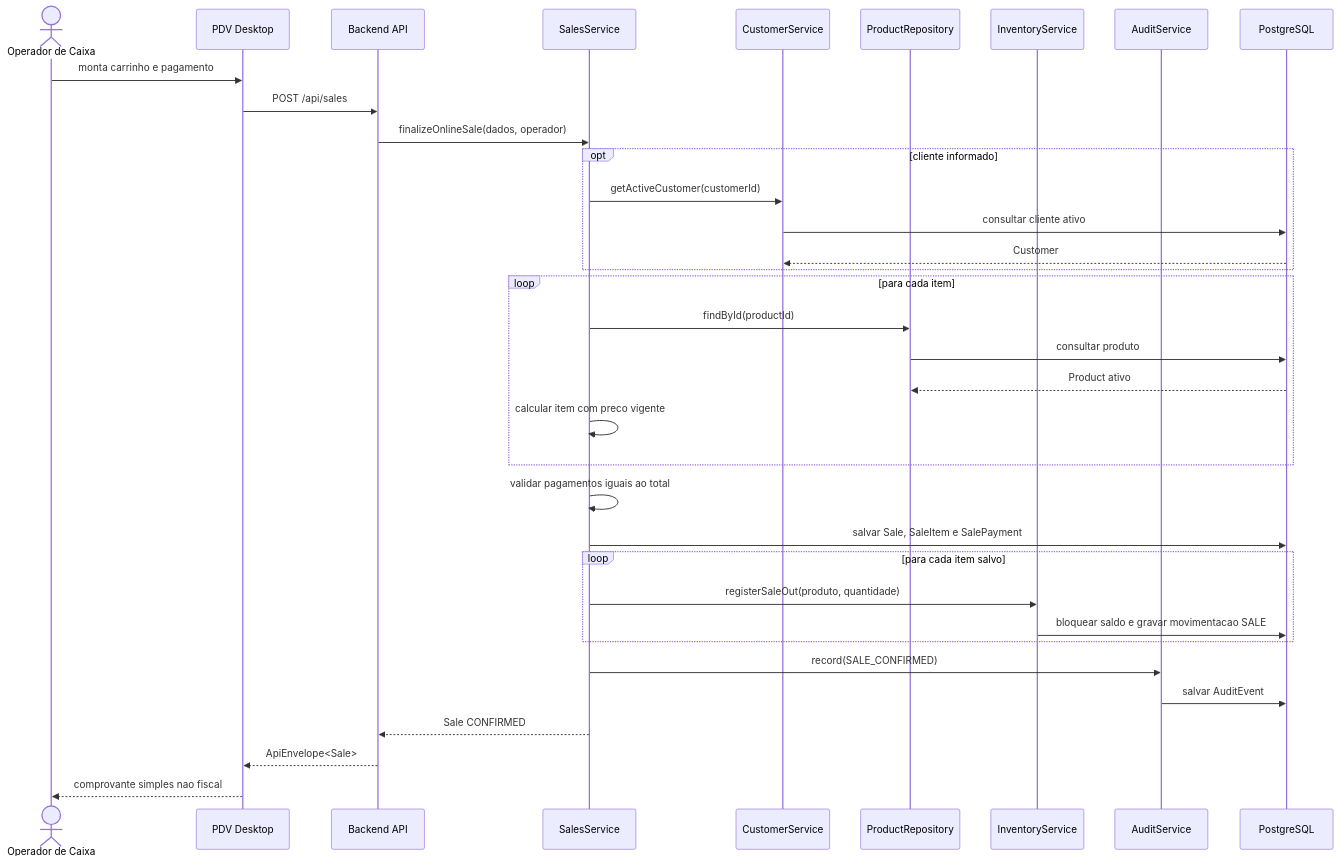
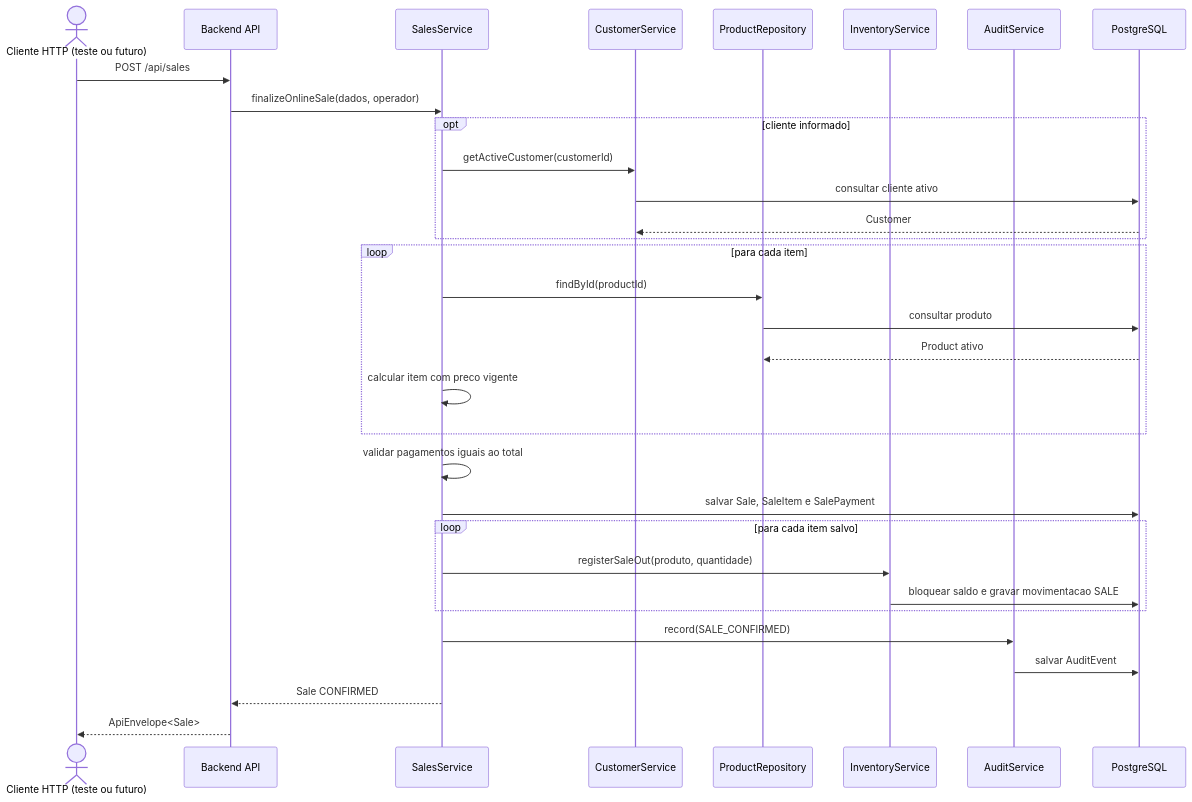
The sixth of 9 diagrams in docs/diagramas.md (Fatech-Ypiranga/Mercado-One-Java), drawn with Mermaid before and after one commit. The commit also changed other lines of this file and 26 other files, not shown here.

````diff
--- a/docs/diagramas.md
+++ b/docs/diagramas.md
@@ -422,43 +423,40 @@
 ```mermaid
 sequenceDiagram
-    actor Operador as Operador de Caixa
-    participant Pdv as PDV Desktop
+    actor ClienteHttp as Cliente HTTP (teste ou futuro)
     participant Api as Backend API
     participant Sales as SalesService
     participant Customers as CustomerService
     participant Products as ProductRepository
     participant Inventory as InventoryService
     participant Audit as AuditService
     participant Db as PostgreSQL
 
-    Operador->>Pdv: monta carrinho e pagamento
-    Pdv->>Api: POST /api/sales
+    ClienteHttp->>Api: POST /api/sales
     Api->>Sales: finalizeOnlineSale(dados, operador)
 
     opt cliente informado
         Sales->>Customers: getActiveCustomer(customerId)
         Customers->>Db: consultar cliente ativo
         Db-->>Customers: Customer
     end
 
     loop para cada item
         Sales->>Products: findById(productId)
         Products->>Db: consultar produto
         Db-->>Products: Product ativo
         Sales->>Sales: calcular item com preco vigente
     end
 
     Sales->>Sales: validar pagamentos iguais ao total
     Sales->>Db: salvar Sale, SaleItem e SalePayment
 
     loop para cada item salvo
         Sales->>Inventory: registerSaleOut(produto, quantidade)
         Inventory->>Db: bloquear saldo e gravar movimentacao SALE
     end
 
     Sales->>Audit: record(SALE_CONFIRMED)
     Audit->>Db: salvar AuditEvent
     Sales-->>Api: Sale CONFIRMED
-    Api-->>Pdv: ApiEnvelope<Sale>
-    Pdv-->>Operador: comprovante simples nao fiscal
+    Api-->>ClienteHttp: ApiEnvelope<Sale>
 ```
````
